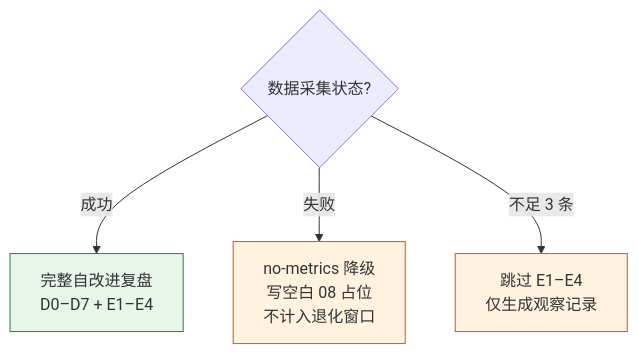
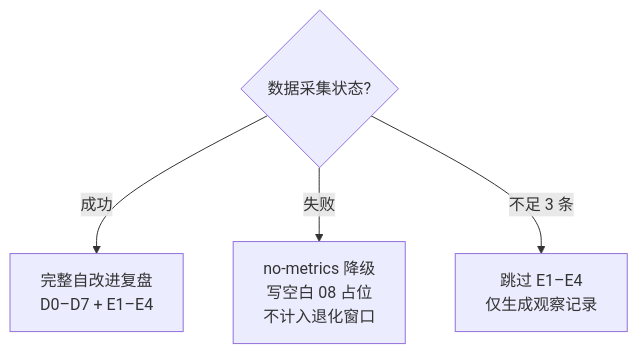
The eighth of 11 diagrams in rules/self-improve.md (effiy/YrY), drawn with Mermaid before and after one commit. The commit also changed other lines of this file and 61 other files, not shown here.

````diff
--- a/rules/self-improve.md
+++ b/rules/self-improve.md
@@ -199,10 +181,8 @@
 ```mermaid
 flowchart TD
     Q1{"数据采集状态?"}
     Q1 -->|"成功"| FULL["完整自改进复盘<br/>D0–D7 + E1–E4"]:::ok
     Q1 -->|"失败"| NOOP["no-metrics 降级<br/>写空白 08 占位<br/>不计入退化窗口"]:::warn
     Q1 -->|"不足 3 条"| OBS["跳过 E1–E4<br/>仅生成观察记录"]:::warn
 
-    classDef ok fill:#e8f5e9,stroke:#2e7d32;
-    classDef warn fill:#fff3e0,stroke:#e65100;
 ```
````
